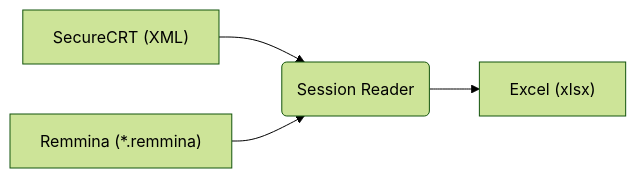
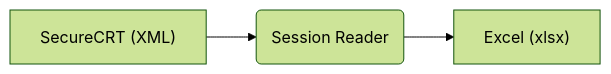
Before and after one commit to mkyrc/SessionMaker: the second of 2 diagrams in README.md, drawn with Mermaid (forest theme). The commit also changed other lines of this file and 8 other files, not shown here.

````diff
--- a/README.md
+++ b/README.md
@@ -192,7 +210,6 @@
 ```mermaid
 graph LR;
     scrt["SecureCRT (XML)"]-->SR("Session Reader")
-    remmina["Remmina (*.remmina)"]-->SR("Session Reader")
     SR-->Excel["Excel (xlsx)"]
 
 ```
````
